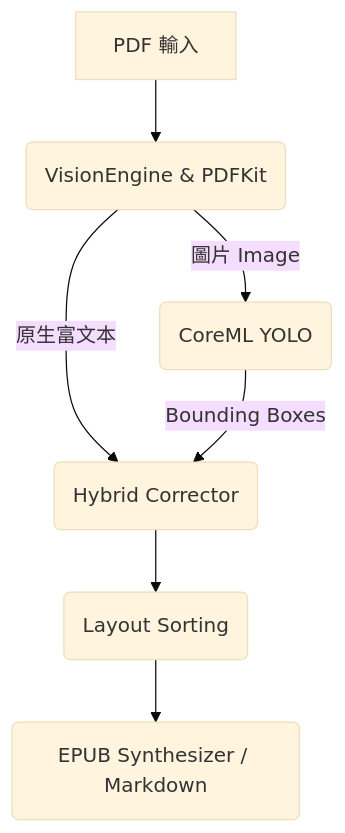
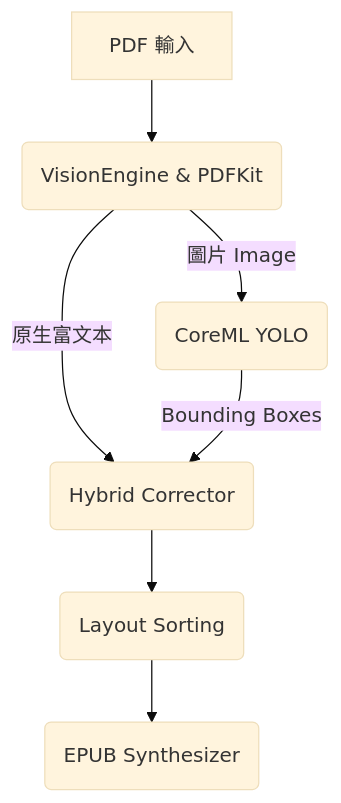
One commit to codinguniversefromEric/Make_it_Flow changed the diagram in README.md. Above: the diagram before and after it, drawn with Mermaid (base theme). The commit also changed other lines of this file, not shown here.

Commit message:
docs: clean up outdated info and fix flowchart

````diff
--- a/README.md
+++ b/README.md
@@ -29,9 +26,9 @@
 ```mermaid
 flowchart TD
     A[PDF 輸入] --> B(VisionEngine & PDFKit)
     B -->|圖片 Image| C(CoreML YOLO)
     B -->|原生富文本| D(Hybrid Corrector)
     C -->|Bounding Boxes| D
     D --> E(Layout Sorting)
-    E --> F(EPUB Synthesizer / Markdown)
+    E --> F(EPUB Synthesizer)
 ```
````
